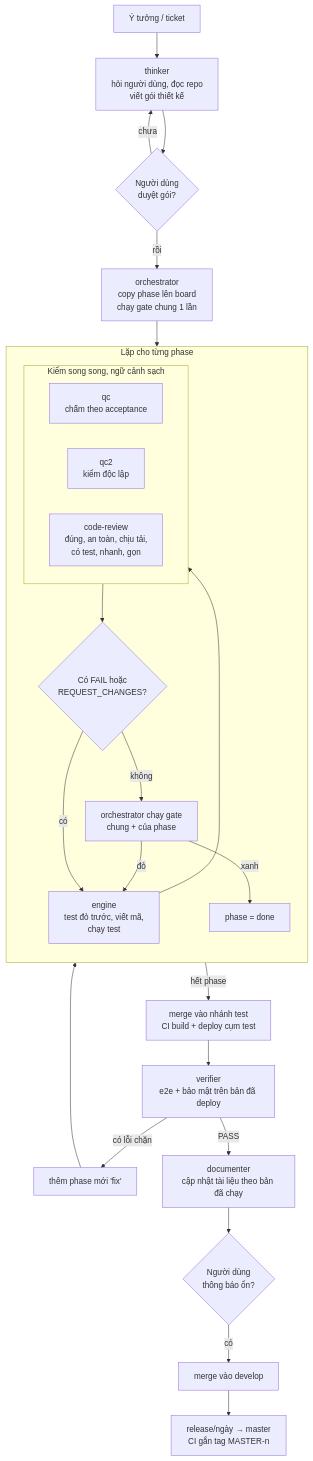
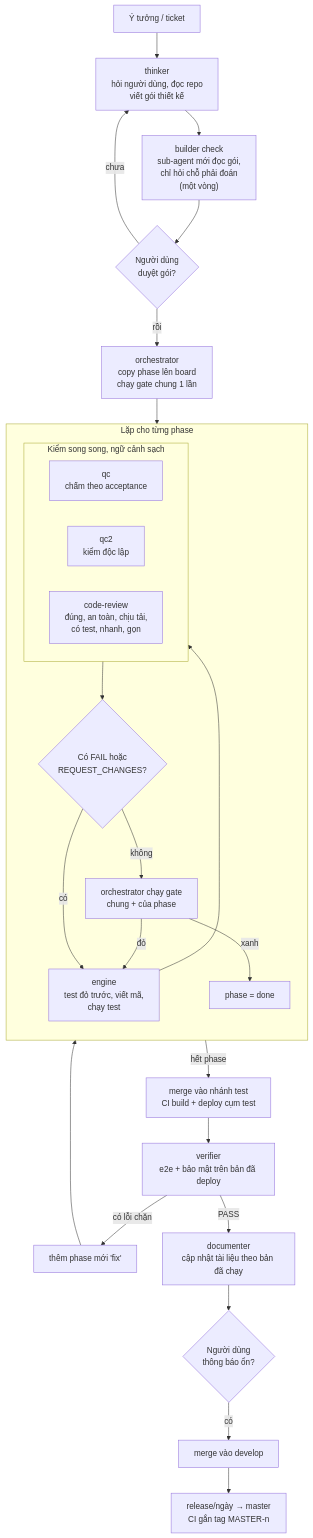
One commit to loind/sdlc changed the diagram in README.md. Above: the diagram before and after it, drawn with Mermaid. The commit also changed 2 other files, not shown here.

Commit message:
docs(thinker): mo ta buoc builder check trong quy trinh
Buoc 1 trong 01-quy-trinh.md, so do trong README.md, bang vai va luat ten child trong 02-vai-tro-va-brief.md.

````diff
--- a/README.md
+++ b/README.md
@@ -18,30 +18,31 @@
 ```mermaid
 flowchart TD
   A["Ý tưởng / ticket"] --> B["thinker<br/>hỏi người dùng, đọc repo<br/>viết gói thiết kế"]
-  B --> B2{"Người dùng<br/>duyệt gói?"}
+  B --> BC["builder check<br/>sub-agent mới đọc gói,<br/>chỉ hỏi chỗ phải đoán<br/>(một vòng)"]
+  BC --> B2{"Người dùng<br/>duyệt gói?"}
   B2 -->|"chưa"| B
   B2 -->|"rồi"| C["orchestrator<br/>copy phase lên board<br/>chạy gate chung 1 lần"]
   C --> P
   subgraph P["Lặp cho từng phase"]
     direction TB
     E["engine<br/>test đỏ trước, viết mã,<br/>chạy test"] --> R
     subgraph R["Kiểm song song, ngữ cảnh sạch"]
       direction LR
       QC["qc<br/>chấm theo acceptance"]
       QC2["qc2<br/>kiểm độc lập"]
       CR["code-review<br/>đúng, an toàn, chịu tải,<br/>có test, nhanh, gọn"]
     end
     R --> V{"Có FAIL hoặc<br/>REQUEST_CHANGES?"}
     V -->|"có"| E
     V -->|"không"| G["orchestrator chạy gate<br/>chung + của phase"]
     G -->|"đỏ"| E
     G -->|"xanh"| DONE["phase = done"]
   end
   DONE -->|"hết phase"| M["merge vào nhánh test<br/>CI build + deploy cụm test"]
   M --> VF["verifier<br/>e2e + bảo mật trên bản đã deploy"]
   VF -->|"có lỗi chặn"| NP["thêm phase mới 'fix'"] --> P
   VF -->|"PASS"| DOC["documenter<br/>cập nhật tài liệu theo bản đã chạy"]
   DOC --> N{"Người dùng<br/>thông báo ổn?"}
   N -->|"có"| DEV["merge vào develop"]
   DEV --> REL["release/ngày → master<br/>CI gắn tag MASTER-n"]
 ```
````
